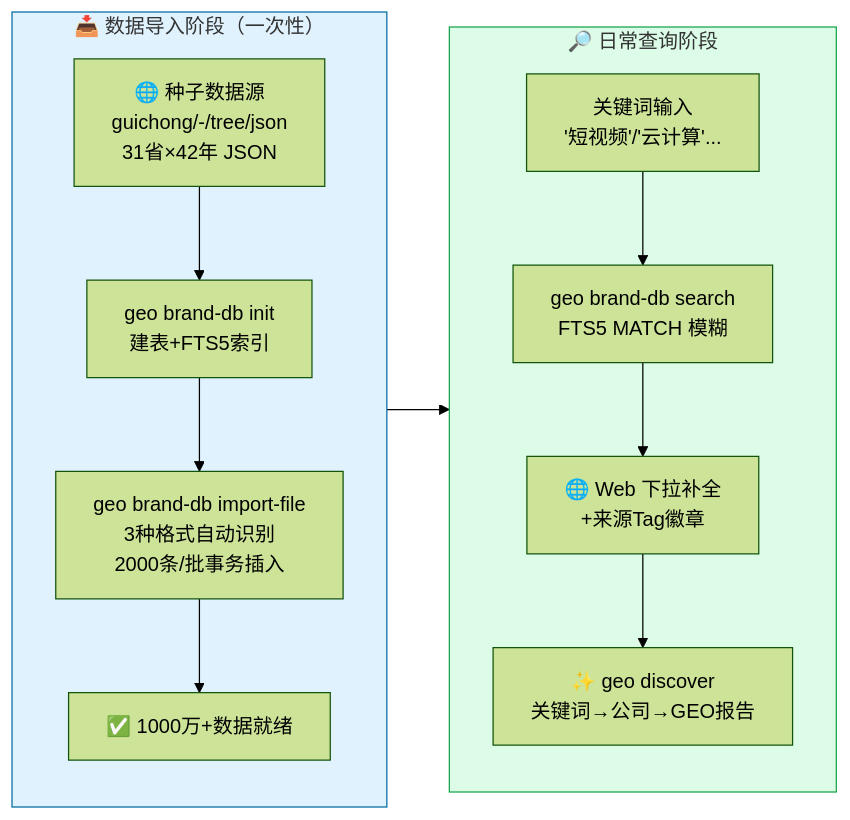
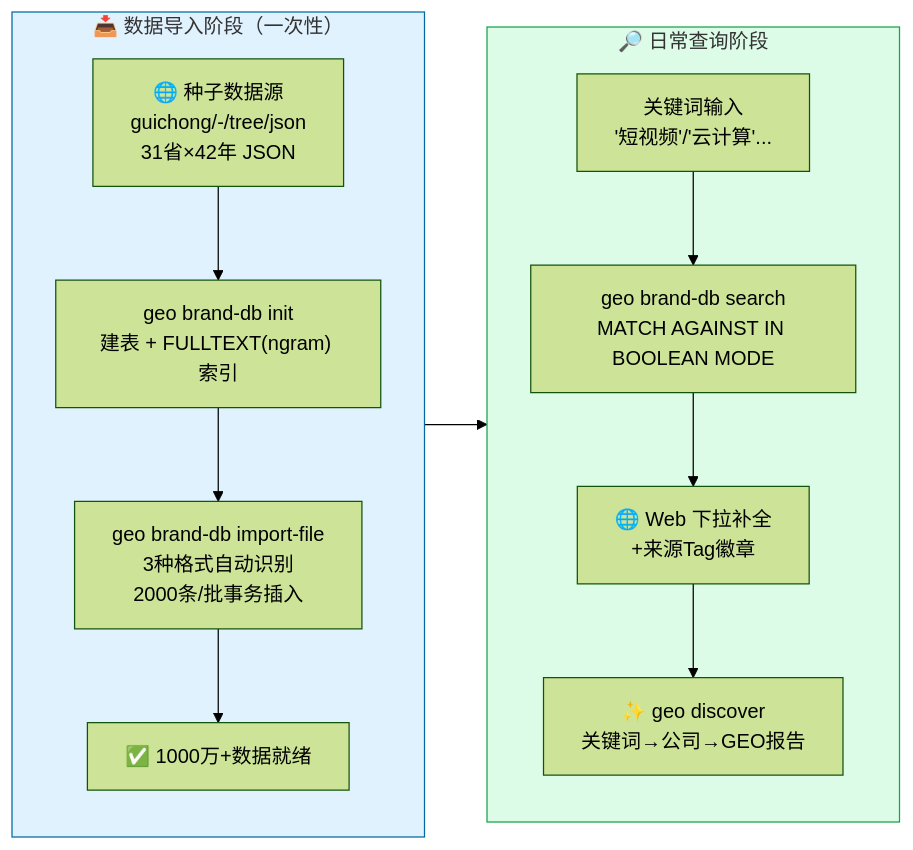
One commit to deep2code/geo changed diagram 22 of 29 in docs/getting-started.md. Above: the diagram before and after it, drawn with Mermaid (forest theme). The commit also changed other lines of this file and 26 other files, not shown here.

````diff
--- a/docs/getting-started.md
+++ b/docs/getting-started.md
@@ -729,22 +729,22 @@
 ```mermaid
 flowchart LR
     subgraph INGEST["📥 数据导入阶段（一次性）"]
         direction TB
         SRC["🌐 种子数据源<br/>guichong/-/tree/json<br/>31省×42年 JSON"]
-        SRC --> INIT["geo brand-db init<br/>建表+FTS5索引"]
+        SRC --> INIT["geo brand-db init<br/>建表 + FULLTEXT(ngram) 索引"]
         INIT --> IMP["geo brand-db import-file<br/>3种格式自动识别<br/>2000条/批事务插入"]
         IMP --> READY["✅ 1000万+数据就绪"]
     end
 
     subgraph USAGE["🔎 日常查询阶段"]
         direction TB
-        QRY["关键词输入<br/>'短视频'/'云计算'..."] --> SEARCH["geo brand-db search<br/>FTS5 MATCH 模糊"]
+        QRY["关键词输入<br/>'短视频'/'云计算'..."] --> SEARCH["geo brand-db search<br/>MATCH AGAINST IN BOOLEAN MODE"]
         SEARCH --> AUTO["🌐 Web 下拉补全<br/>+来源Tag徽章"]
         AUTO --> DISCOVER["✨ geo discover<br/>关键词→公司→GEO报告"]
     end
 
     INGEST --> USAGE
 
     style INGEST fill:#e0f2fe,stroke:#0369a1
     style USAGE fill:#dcfce7,stroke:#16a34a
 ```
````
